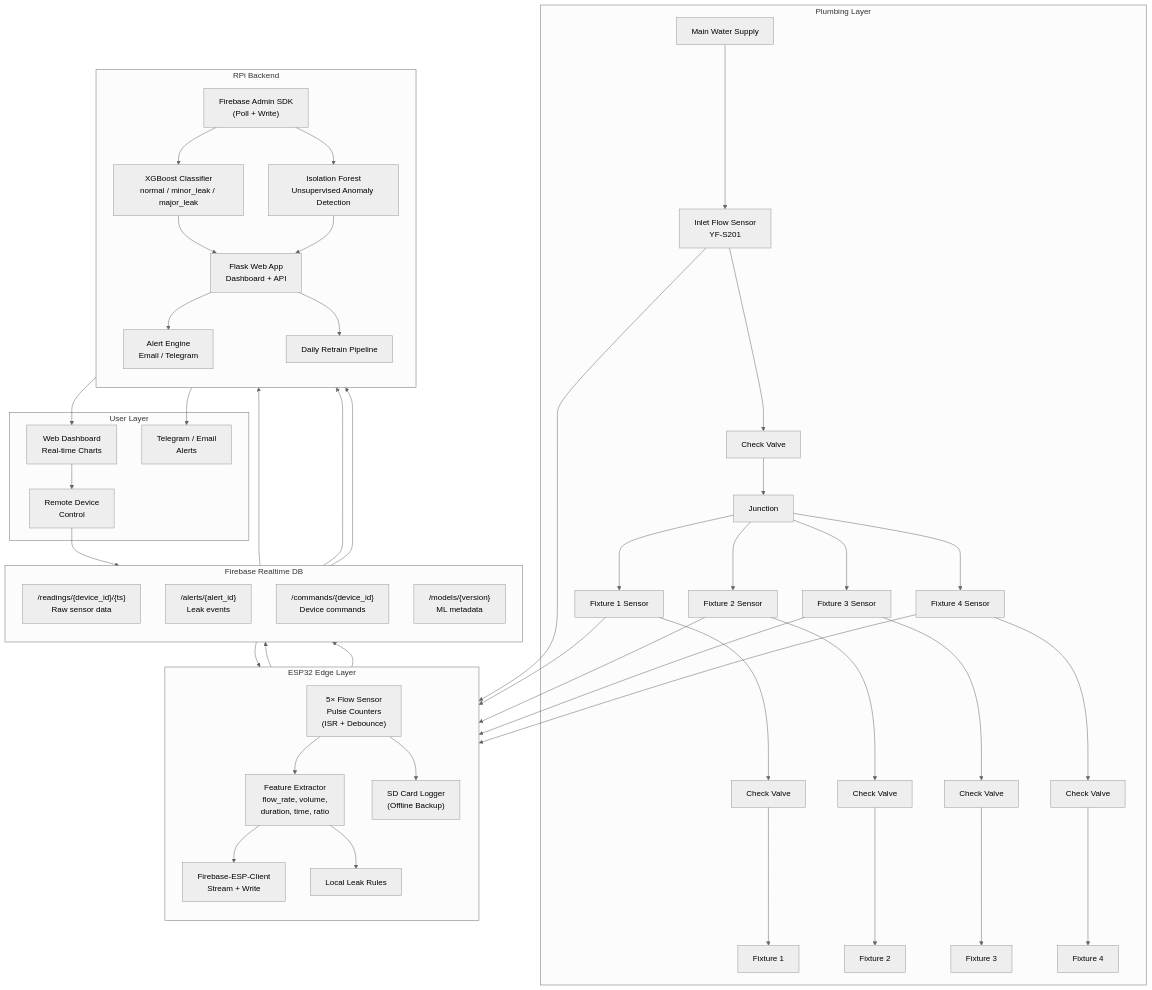
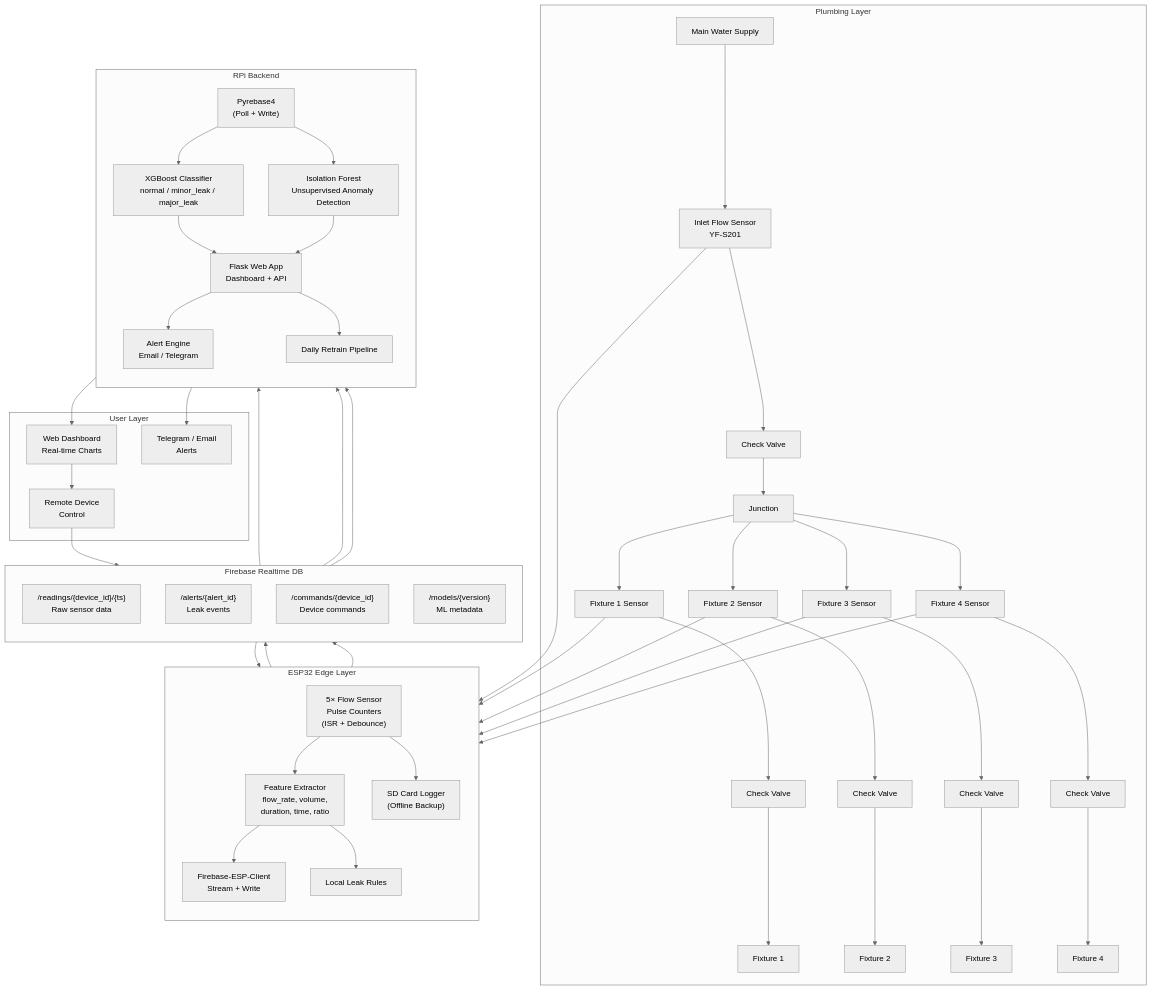
Before and after one commit to qppd/water-meter: the diagram in docs/system-architecture.md, drawn with Mermaid (neutral theme). The commit also changed other lines of this file and 8 other files, not shown here.

First line of the commit message:
docs: replace Firebase Admin SDK with Pyrebase4; add port forwarding + DDNS for remote access

````diff
--- a/docs/system-architecture.md
+++ b/docs/system-architecture.md
@@ -18,80 +18,80 @@
 ```mermaid
 graph TB
     subgraph "Plumbing Layer"
         A[Main Water Supply] --> B[Inlet Flow Sensor<br/>YF-S201]
         B --> C[Check Valve]
         C --> D[Junction]
         D --> E1[Fixture 1 Sensor]
         D --> E2[Fixture 2 Sensor]
         D --> E3[Fixture 3 Sensor]
         D --> E4[Fixture 4 Sensor]
         E1 --> CV1[Check Valve] --> F1[Fixture 1]
         E2 --> CV2[Check Valve] --> F2[Fixture 2]
         E3 --> CV3[Check Valve] --> F3[Fixture 3]
         E4 --> CV4[Check Valve] --> F4[Fixture 4]
     end
 
     subgraph "ESP32 Edge Layer"
         direction TB
         Sensors["5× Flow Sensor<br/>Pulse Counters<br/>(ISR + Debounce)"]
         Features["Feature Extractor<br/>flow_rate, volume,<br/>duration, time, ratio"]
         FirebaseClient["Firebase-ESP-Client<br/>Stream + Write"]
         LocalCtrl["Local Leak Rules"]
         SDCard["SD Card Logger<br/>(Offline Backup)"]
         
         Sensors --> Features
         Features --> FirebaseClient
         Features --> LocalCtrl
         Sensors --> SDCard
     end
 
     subgraph "Firebase Realtime DB"
         direction TB
         Readings["/readings/{device_id}/{ts}<br/>Raw sensor data"]
         Alerts["/alerts/{alert_id}<br/>Leak events"]
         Commands["/commands/{device_id}<br/>Device commands"]
         Models["/models/{version}<br/>ML metadata"]
     end
 
     subgraph "RPi Backend"
         direction TB
-        FBAdmin["Firebase Admin SDK<br/>(Poll + Write)"]
+        FBAdmin["Pyrebase4<br/>(Poll + Write)"]
         XGB["XGBoost Classifier<br/>normal / minor_leak / major_leak"]
         ISO["Isolation Forest<br/>Unsupervised Anomaly Detection"]
         Flask["Flask Web App<br/>Dashboard + API"]
         AlertEngine["Alert Engine<br/>Email / Telegram"]
         Retrain["Daily Retrain Pipeline"]
         
         FBAdmin --> XGB
         FBAdmin --> ISO
         XGB --> Flask
         ISO --> Flask
         Flask --> AlertEngine
         Flask --> Retrain
     end
 
     subgraph "User Layer"
         Dashboard["Web Dashboard<br/>Real-time Charts"]
         Notif["Telegram / Email<br/>Alerts"]
         Cmd["Remote Device<br/>Control"]
     end
 
     B --> Sensors
     E1 --> Sensors
     E2 --> Sensors
     E3 --> Sensors
     E4 --> Sensors
     
     FirebaseClient --> Readings
     FirebaseClient --> Alerts
     Commands --> FirebaseClient
     
     Readings --> FBAdmin
     Alerts --> FBAdmin
     Commands --> FBAdmin
     
     Flask --> Dashboard
     AlertEngine --> Notif
     Dashboard --> Cmd
     Cmd --> Commands
 ```
````
